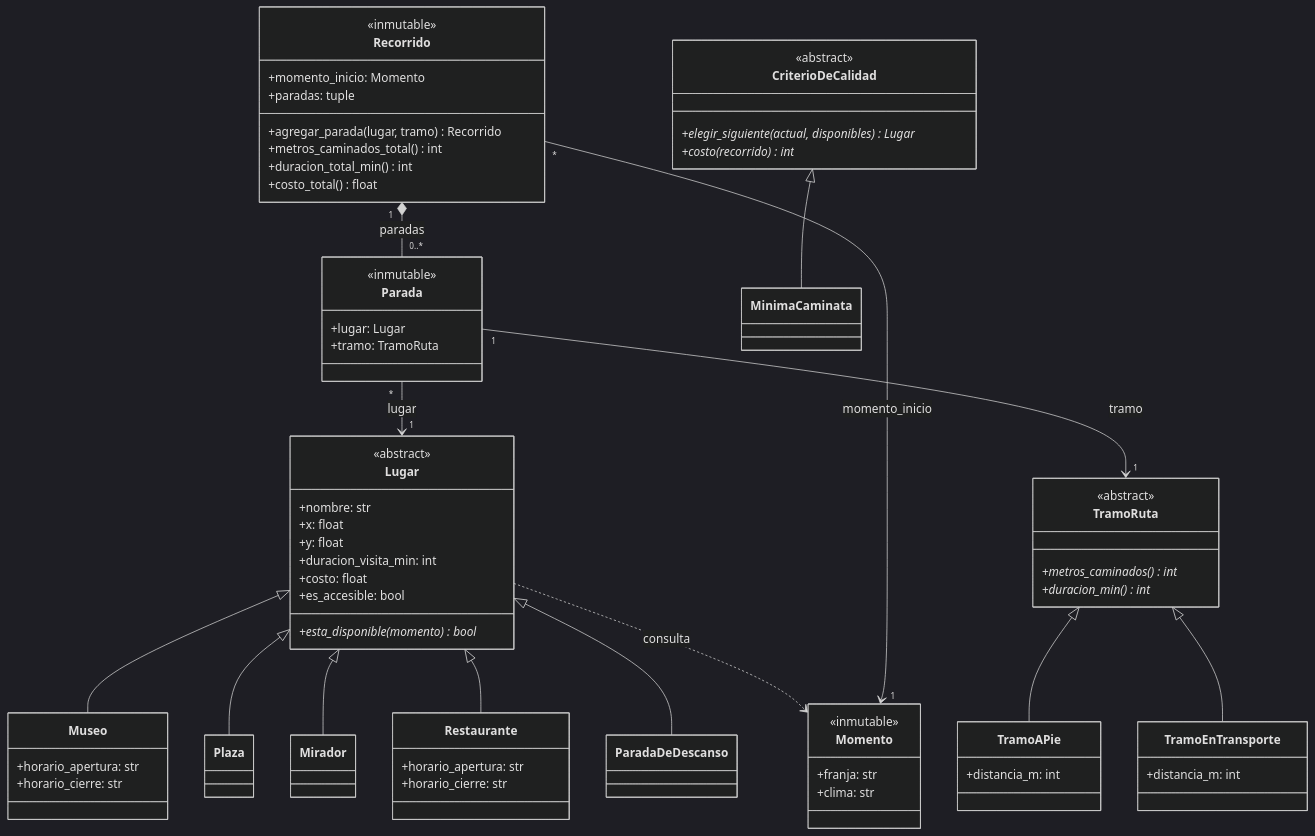
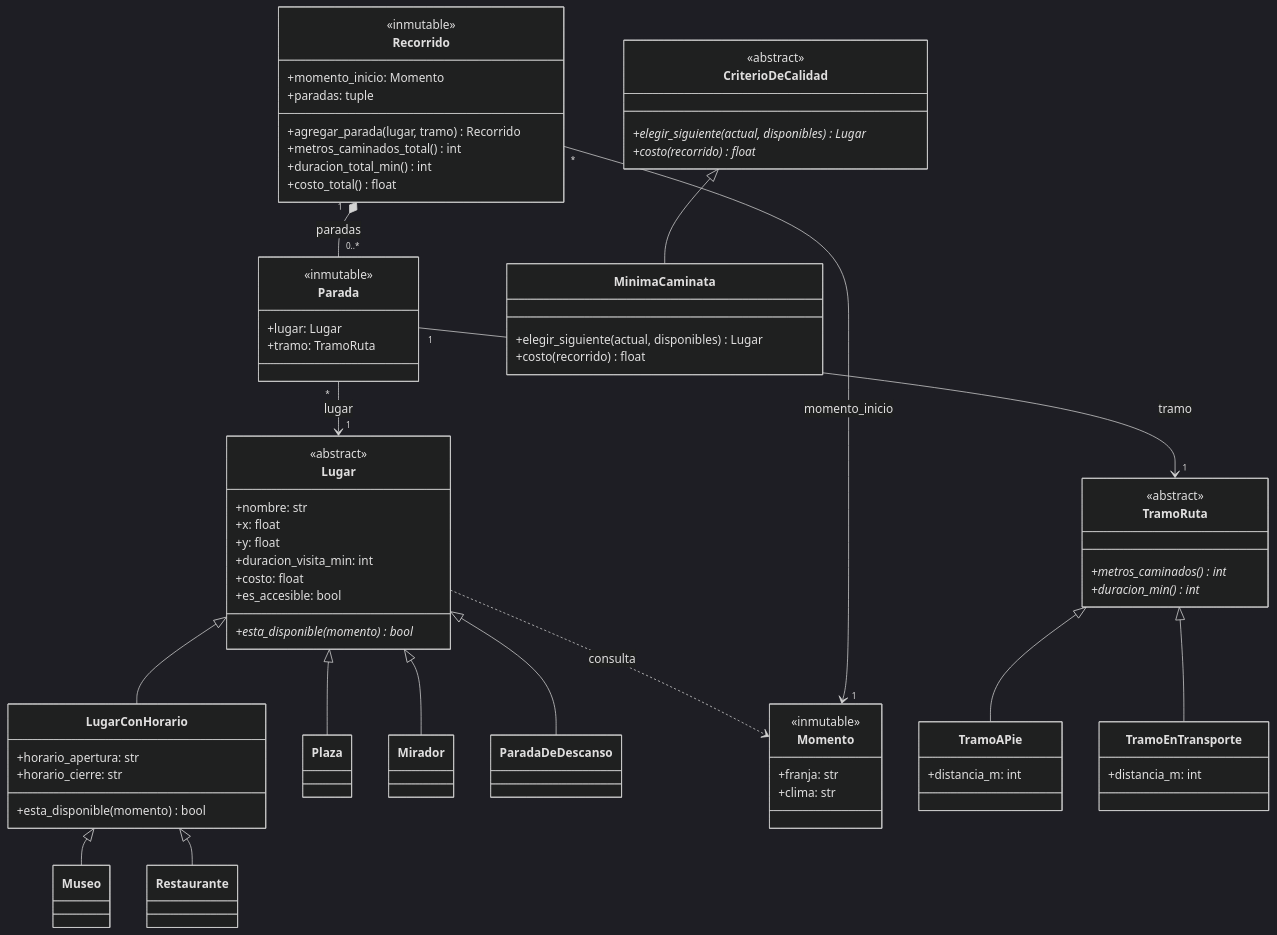
Before and after one commit to ernelol/ruta-viva: the diagram in DISENO.md, drawn with Mermaid (dark theme). The commit also changed other lines of this file and 5 other files, not shown here.

````diff
--- a/DISENO.md
+++ b/DISENO.md
@@ -15,78 +15,81 @@
 ```mermaid
 classDiagram
     class Lugar {
         <<abstract>>
         +nombre: str
         +x: float
         +y: float
         +duracion_visita_min: int
         +costo: float
         +es_accesible: bool
         +esta_disponible(momento) bool*
     }
-    class Museo {
+    class LugarConHorario {
         +horario_apertura: str
         +horario_cierre: str
+        +esta_disponible(momento) bool
     }
-    class Restaurante {
-        +horario_apertura: str
-        +horario_cierre: str
-    }
+    class Museo
+    class Restaurante
     class Plaza
     class Mirador
     class ParadaDeDescanso
-    Lugar <|-- Museo
+    Lugar <|-- LugarConHorario
+    LugarConHorario <|-- Museo
+    LugarConHorario <|-- Restaurante
     Lugar <|-- Plaza
     Lugar <|-- Mirador
-    Lugar <|-- Restaurante
     Lugar <|-- ParadaDeDescanso
 
     class Momento {
         <<inmutable>>
         +franja: str
         +clima: str
     }
     Lugar ..> Momento : consulta
 
     class TramoRuta {
         <<abstract>>
         +metros_caminados() int*
         +duracion_min() int*
     }
     class TramoAPie {
         +distancia_m: int
     }
     class TramoEnTransporte {
         +distancia_m: int
     }
     TramoRuta <|-- TramoAPie
     TramoRuta <|-- TramoEnTransporte
 
     class Parada {
         <<inmutable>>
         +lugar: Lugar
         +tramo: TramoRuta
     }
     Parada "*" --> "1" Lugar : lugar
     Parada "1" --> "1" TramoRuta : tramo
 
     class Recorrido {
         <<inmutable>>
         +momento_inicio: Momento
         +paradas: tuple
         +agregar_parada(lugar, tramo) Recorrido
         +metros_caminados_total() int
         +duracion_total_min() int
         +costo_total() float
     }
     Recorrido "1" *-- "0..*" Parada : paradas
     Recorrido "*" --> "1" Momento : momento_inicio
 
     class CriterioDeCalidad {
         <<abstract>>
         +elegir_siguiente(actual, disponibles) Lugar*
-        +costo(recorrido) int*
+        +costo(recorrido) float*
     }
-    class MinimaCaminata
+    class MinimaCaminata {
+        +elegir_siguiente(actual, disponibles) Lugar
+        +costo(recorrido) float
+    }
     CriterioDeCalidad <|-- MinimaCaminata
 ```
````
